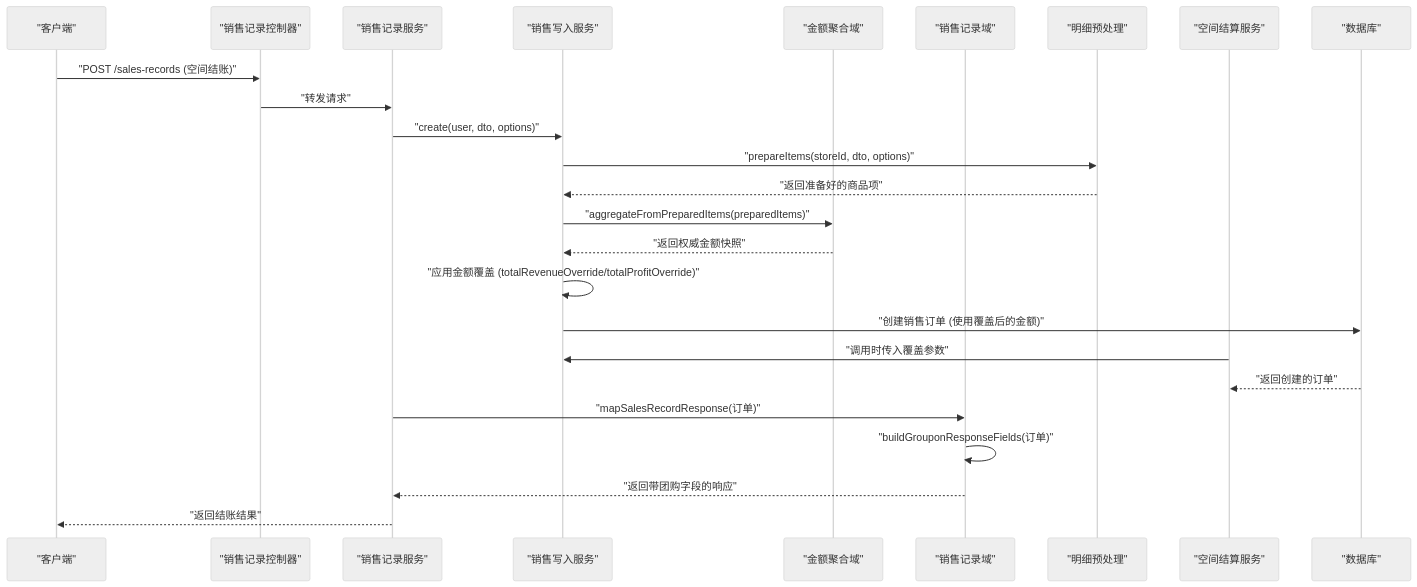
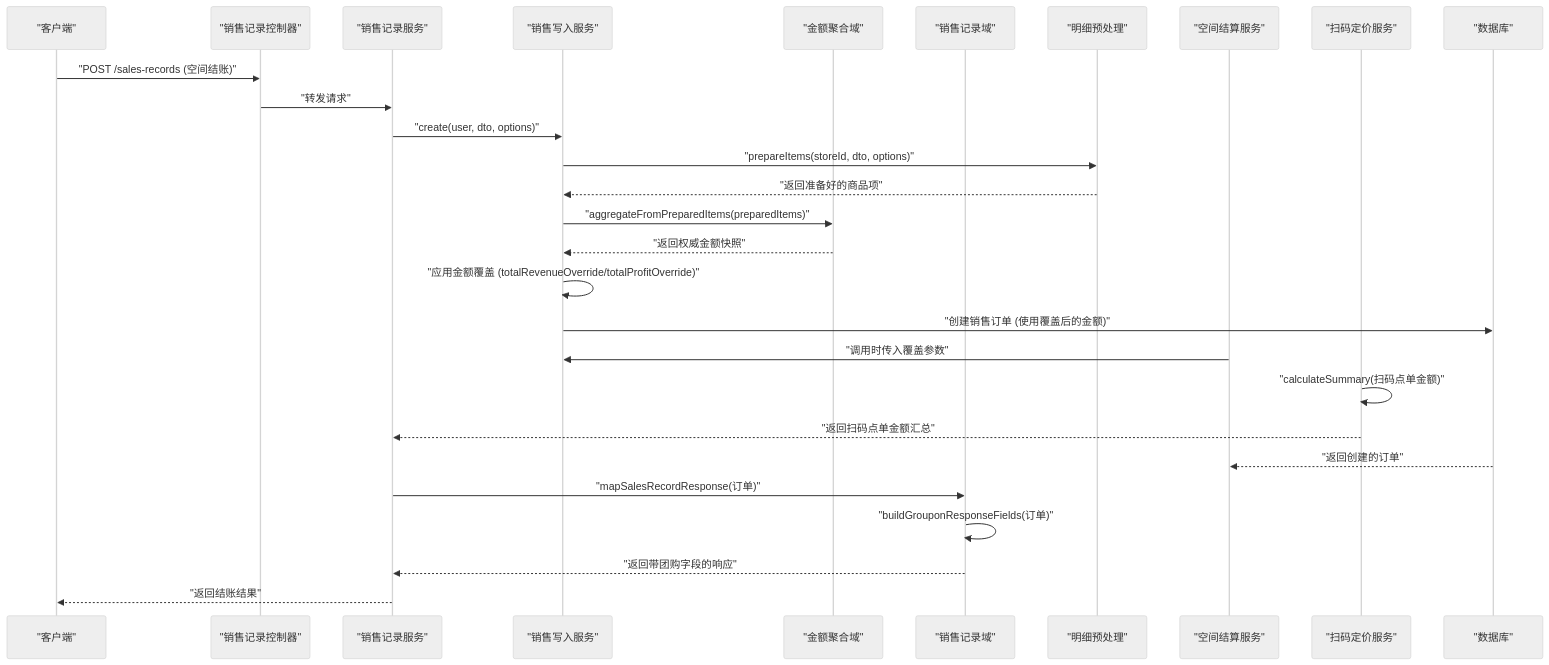
The second of 6 diagrams in .qoder/repowiki/zh/content/业务模块/运营管理模块/销售管理.md (rc558620/purelyprofit-server), drawn with Mermaid (neutral theme) before and after one commit. The commit also changed other lines of this file and 58 other files, not shown here.

````diff
--- a/.qoder/repowiki/zh/content/业务模块/运营管理模块/销售管理.md
+++ b/.qoder/repowiki/zh/content/业务模块/运营管理模块/销售管理.md
@@ -201,27 +223,30 @@
 ```mermaid
 sequenceDiagram
 participant C as "客户端"
 participant CTRL as "销售记录控制器"
 participant SVC as "销售记录服务"
 participant WRITE as "销售写入服务"
 participant AMOUNTS as "金额聚合域"
 participant DOMAIN as "销售记录域"
 participant PREP as "明细预处理"
 participant SPACE as "空间结算服务"
+participant PRICING as "扫码定价服务"
 participant DB as "数据库"
 C->>CTRL : "POST /sales-records (空间结账)"
 CTRL->>SVC : "转发请求"
 SVC->>WRITE : "create(user, dto, options)"
 WRITE->>PREP : "prepareItems(storeId, dto, options)"
 PREP-->>WRITE : "返回准备好的商品项"
 WRITE->>AMOUNTS : "aggregateFromPreparedItems(preparedItems)"
 AMOUNTS-->>WRITE : "返回权威金额快照"
 WRITE->>WRITE : "应用金额覆盖 (totalRevenueOverride/totalProfitOverride)"
 WRITE->>DB : "创建销售订单 (使用覆盖后的金额)"
 SPACE->>WRITE : "调用时传入覆盖参数"
+PRICING->>PRICING : "calculateSummary(扫码点单金额)"
+PRICING-->>SVC : "返回扫码点单金额汇总"
 DB-->>SPACE : "返回创建的订单"
 SVC->>DOMAIN : "mapSalesRecordResponse(订单)"
 DOMAIN->>DOMAIN : "buildGrouponResponseFields(订单)"
 DOMAIN-->>SVC : "返回带团购字段的响应"
 SVC-->>C : "返回结账结果"
 ```
````
